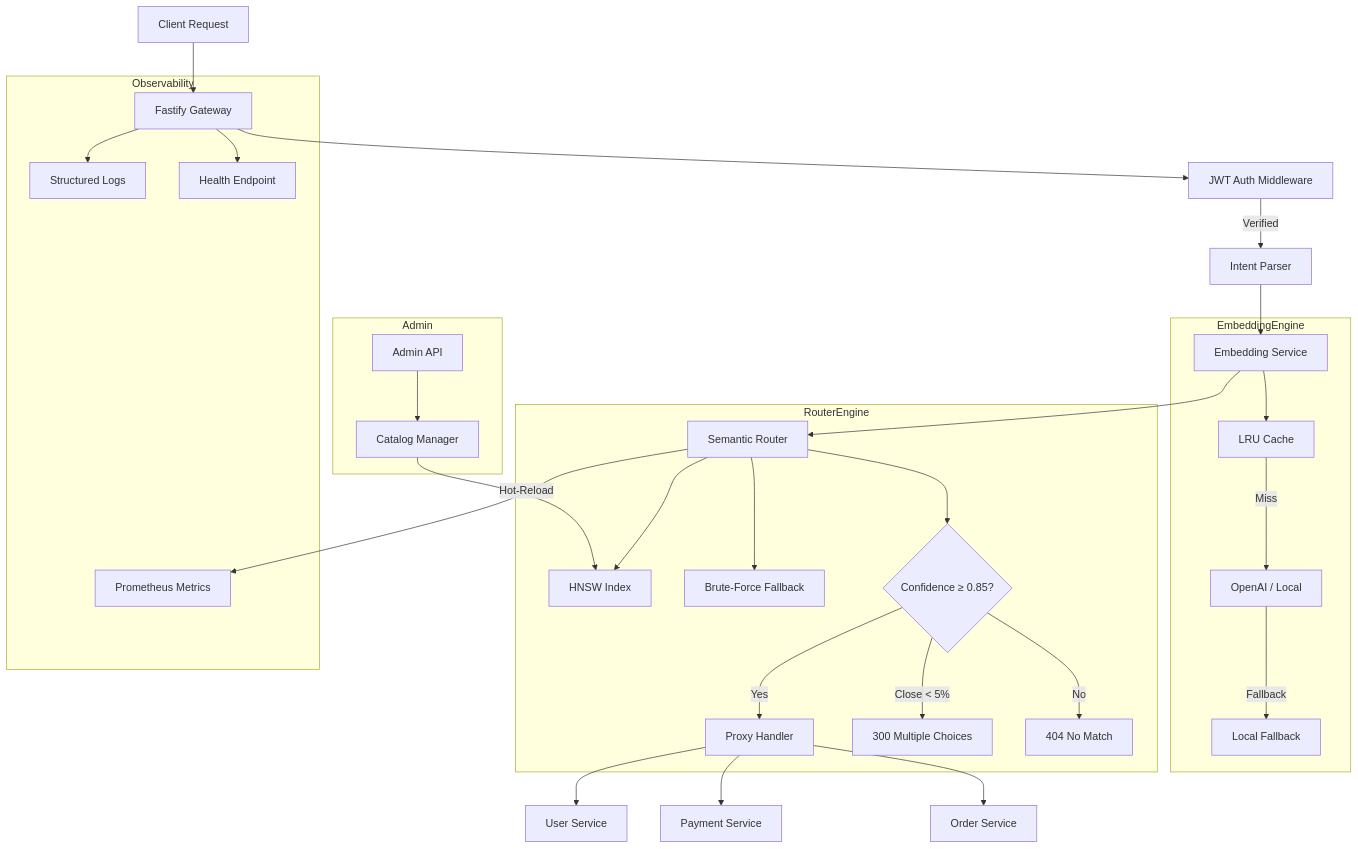
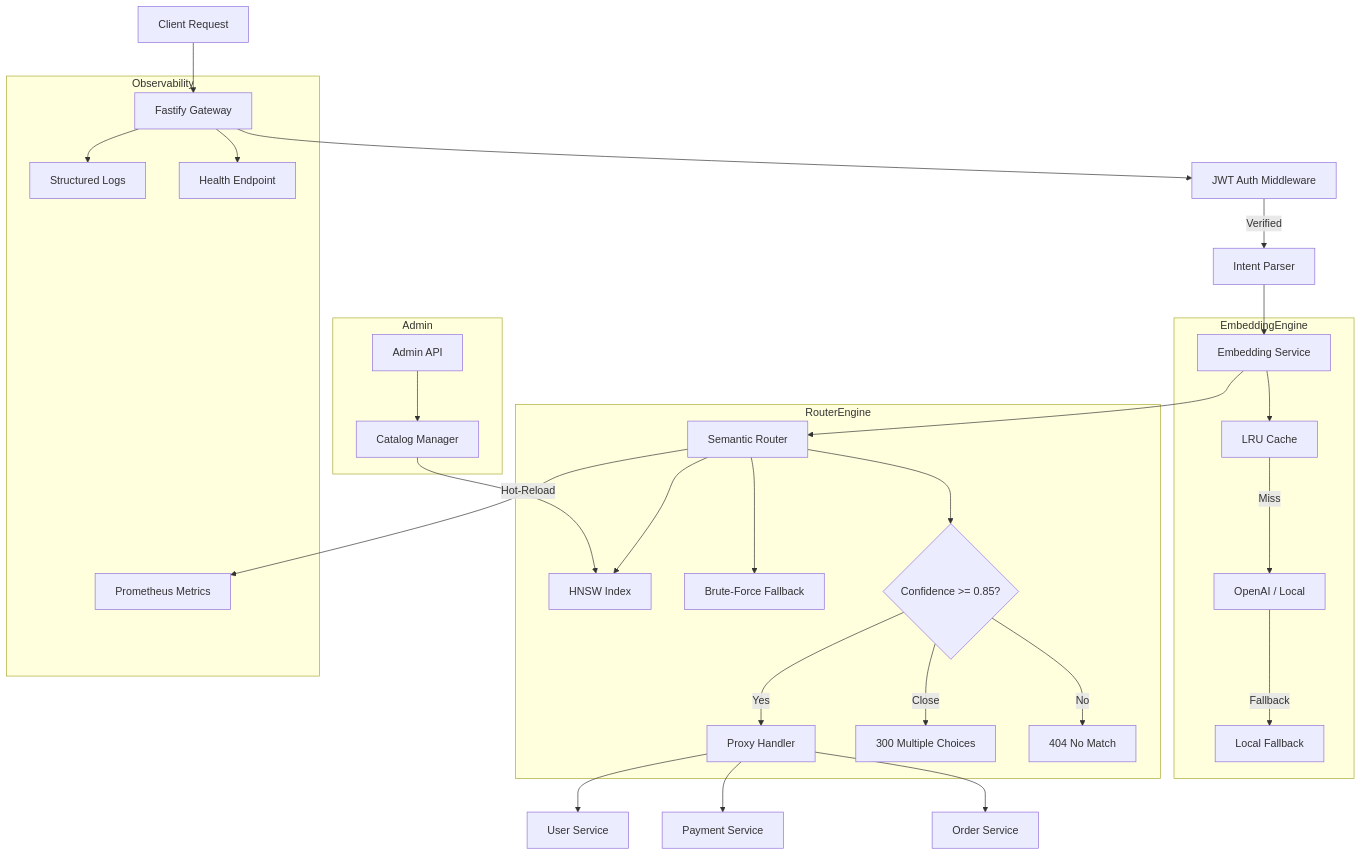
One commit to jmiranda-sre/Semantic-API-Gateway-Router changed the first of 3 diagrams in ARCHITECTURE.md. Above: the diagram before and after it, drawn with Mermaid. The commit also changed other lines of this file and 1 other file, not shown here.

Commit message:
fix: sanitize all mermaid diagrams for github rendering
- Quote all node labels to prevent parse errors
- Replace >= for >= (unicode breaks some renderers)
- Remove / prefix from /health node label (slash = syntax)
- Remove curly braces and quotes from sequence messages
- Replace arrows and angle brackets in diagrams

````diff
--- a/ARCHITECTURE.md
+++ b/ARCHITECTURE.md
@@ -7,39 +7,39 @@
 ```mermaid
 graph TB
-    Client[Client Request] --> Gateway[Fastify Gateway]
-    Gateway --> Auth[JWT Auth Middleware]
-    Auth --> |Verified| Parser[Intent Parser]
-    Parser --> Embedding[Embedding Service]
-    
+    Client["Client Request"] --> Gateway["Fastify Gateway"]
+    Gateway --> Auth["JWT Auth Middleware"]
+    Auth -->|Verified| Parser["Intent Parser"]
+    Parser --> Embedding["Embedding Service"]
+
     subgraph EmbeddingEngine
-        Embedding --> Cache[LRU Cache]
-        Cache --> |Miss| Provider[OpenAI / Local]
-        Provider --> |Fallback| Fallback[Local Fallback]
+        Embedding --> Cache["LRU Cache"]
+        Cache -->|Miss| Provider["OpenAI / Local"]
+        Provider -->|Fallback| Fallback["Local Fallback"]
     end
-    
-    Embedding --> Router[Semantic Router]
-    
+
+    Embedding --> Router["Semantic Router"]
+
     subgraph RouterEngine
-        Router --> HNSW[HNSW Index]
-        Router --> Brute[Brute-Force Fallback]
-        Router --> Threshold{Confidence ≥ 0.85?}
-        Threshold --> |Yes| Proxy[Proxy Handler]
-        Threshold --> |Close < 5%| Disambiguate[300 Multiple Choices]
-        Threshold --> |No| Reject[404 No Match]
+        Router --> HNSW["HNSW Index"]
+        Router --> Brute["Brute-Force Fallback"]
+        Router --> Threshold{"Confidence >= 0.85?"}
+        Threshold -->|Yes| Proxy["Proxy Handler"]
+        Threshold -->|Close| Disambiguate["300 Multiple Choices"]
+        Threshold -->|No| Reject["404 No Match"]
     end
-    
-    Proxy --> Service1[User Service]
-    Proxy --> Service2[Payment Service]
-    Proxy --> Service3[Order Service]
-    
+
+    Proxy --> Service1["User Service"]
+    Proxy --> Service2["Payment Service"]
+    Proxy --> Service3["Order Service"]
+
     subgraph Admin
-        AdminAPI[Admin API] --> Catalog[Catalog Manager]
-        Catalog --> |Hot-Reload| HNSW
+        AdminAPI["Admin API"] --> Catalog["Catalog Manager"]
+        Catalog -->|Hot-Reload| HNSW
     end
-    
+
     subgraph Observability
-        Gateway --> Logger[Structured Logs]
-        Router --> Metrics[Prometheus Metrics]
-        Gateway --> Health[Health Endpoint]
+        Gateway --> Logger["Structured Logs"]
+        Router --> Metrics["Prometheus Metrics"]
+        Gateway --> Health["Health Endpoint"]
     end
 ```
````
